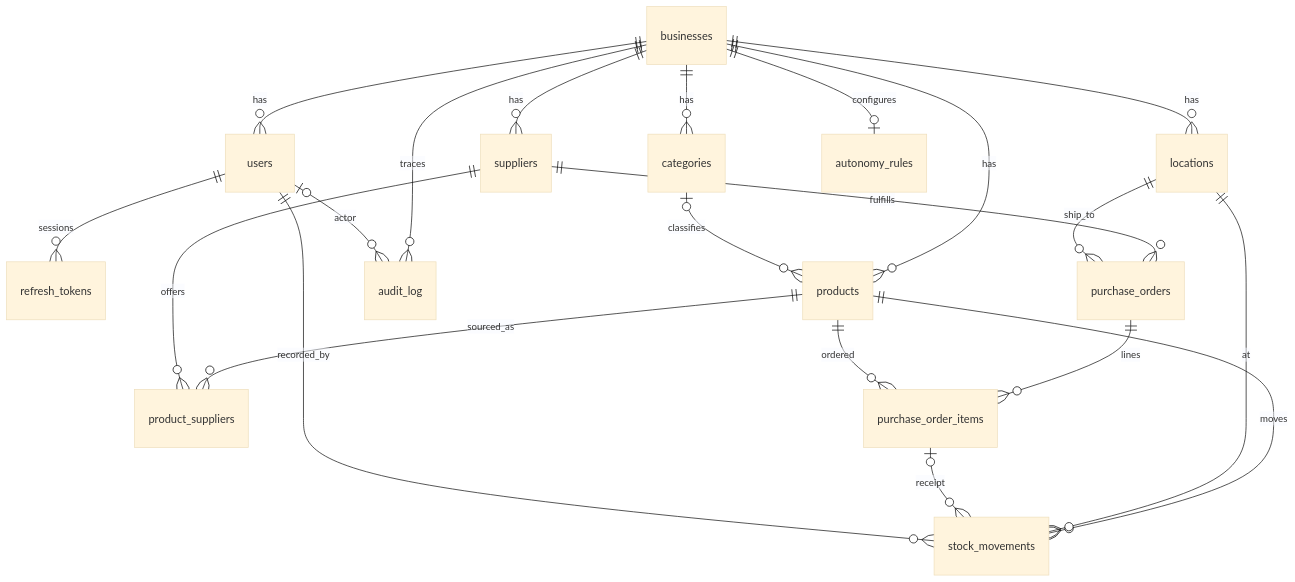
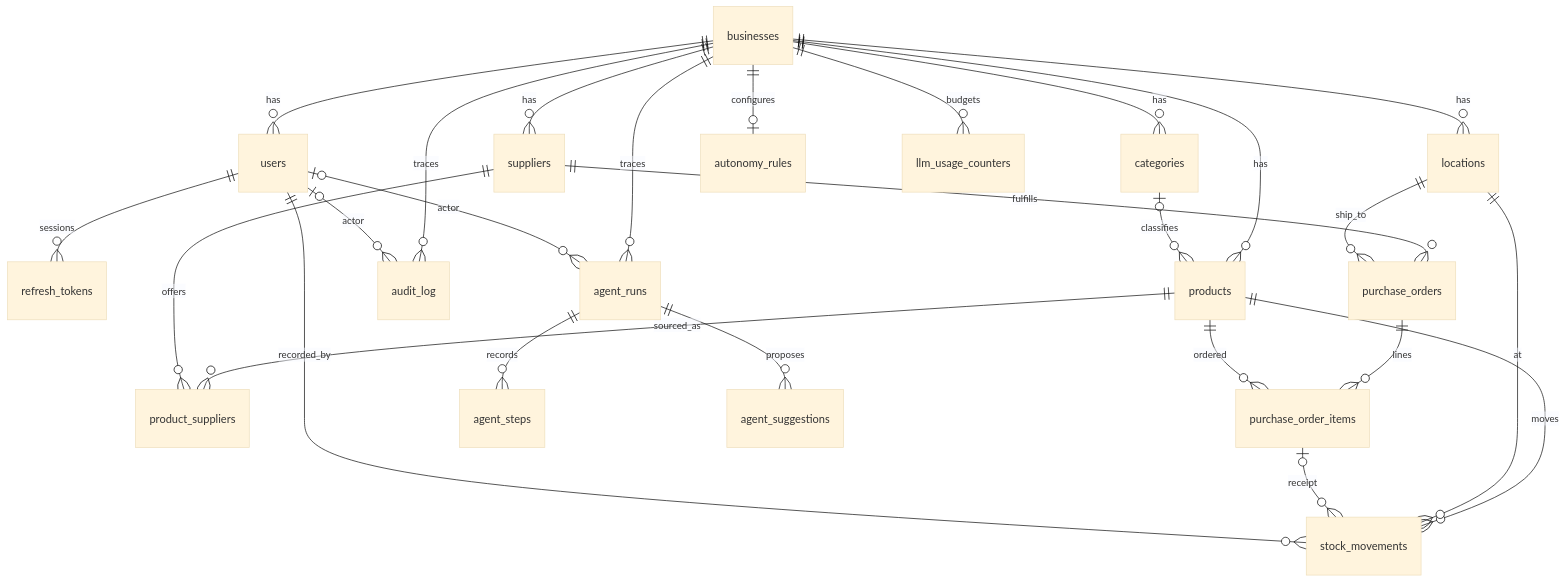
Before and after one commit to shreyanshhhhhhhh/Inventory_AI: the diagram in docs/DATA_MODEL.md, drawn with Mermaid (base theme). The commit also changed other lines of this file and 51 other files, not shown here.

Commit message:
Add the shared LLM gateway, tools, and BaseAgent so later agents can propose actions without writing stock or purchase orders.

````diff
--- a/docs/DATA_MODEL.md
+++ b/docs/DATA_MODEL.md
@@ -17,23 +17,28 @@
 ```mermaid
 erDiagram
   businesses ||--o{ users : has
   users ||--o{ refresh_tokens : sessions
   businesses ||--o{ locations : has
   businesses ||--o{ categories : has
   businesses ||--o{ products : has
   categories |o--o{ products : classifies
   businesses ||--o{ suppliers : has
   products ||--o{ product_suppliers : sourced_as
   suppliers ||--o{ product_suppliers : offers
   suppliers ||--o{ purchase_orders : fulfills
   locations ||--o{ purchase_orders : ship_to
   purchase_orders ||--o{ purchase_order_items : lines
   products ||--o{ purchase_order_items : ordered
   products ||--o{ stock_movements : moves
   locations ||--o{ stock_movements : at
   purchase_order_items |o--o{ stock_movements : receipt
   users ||--o{ stock_movements : recorded_by
   businesses ||--o{ audit_log : traces
   businesses ||--o| autonomy_rules : configures
   users |o--o{ audit_log : actor
+  businesses ||--o{ agent_runs : traces
+  users |o--o{ agent_runs : actor
+  agent_runs ||--o{ agent_steps : records
+  agent_runs ||--o{ agent_suggestions : proposes
+  businesses ||--o{ llm_usage_counters : budgets
 ```
````
